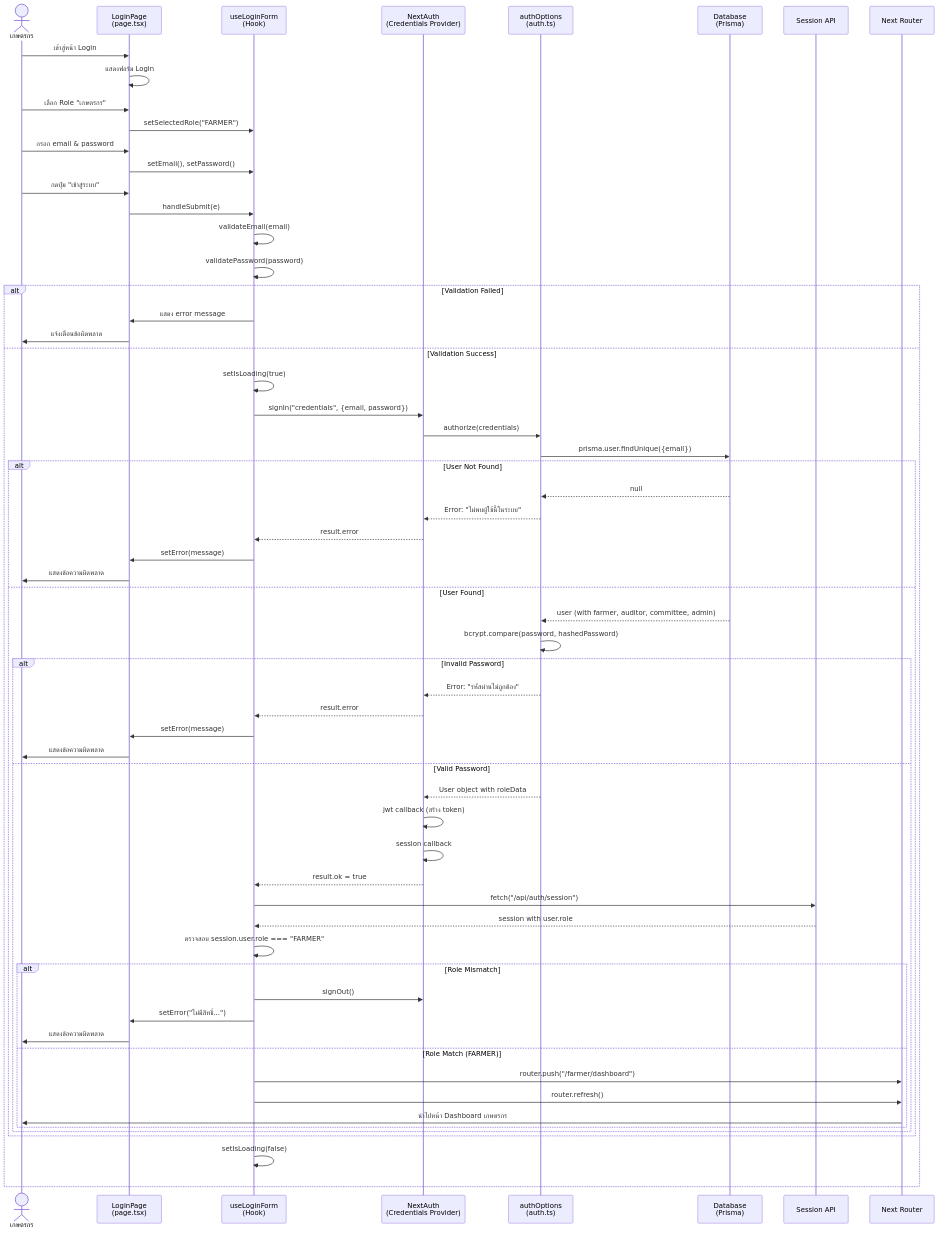
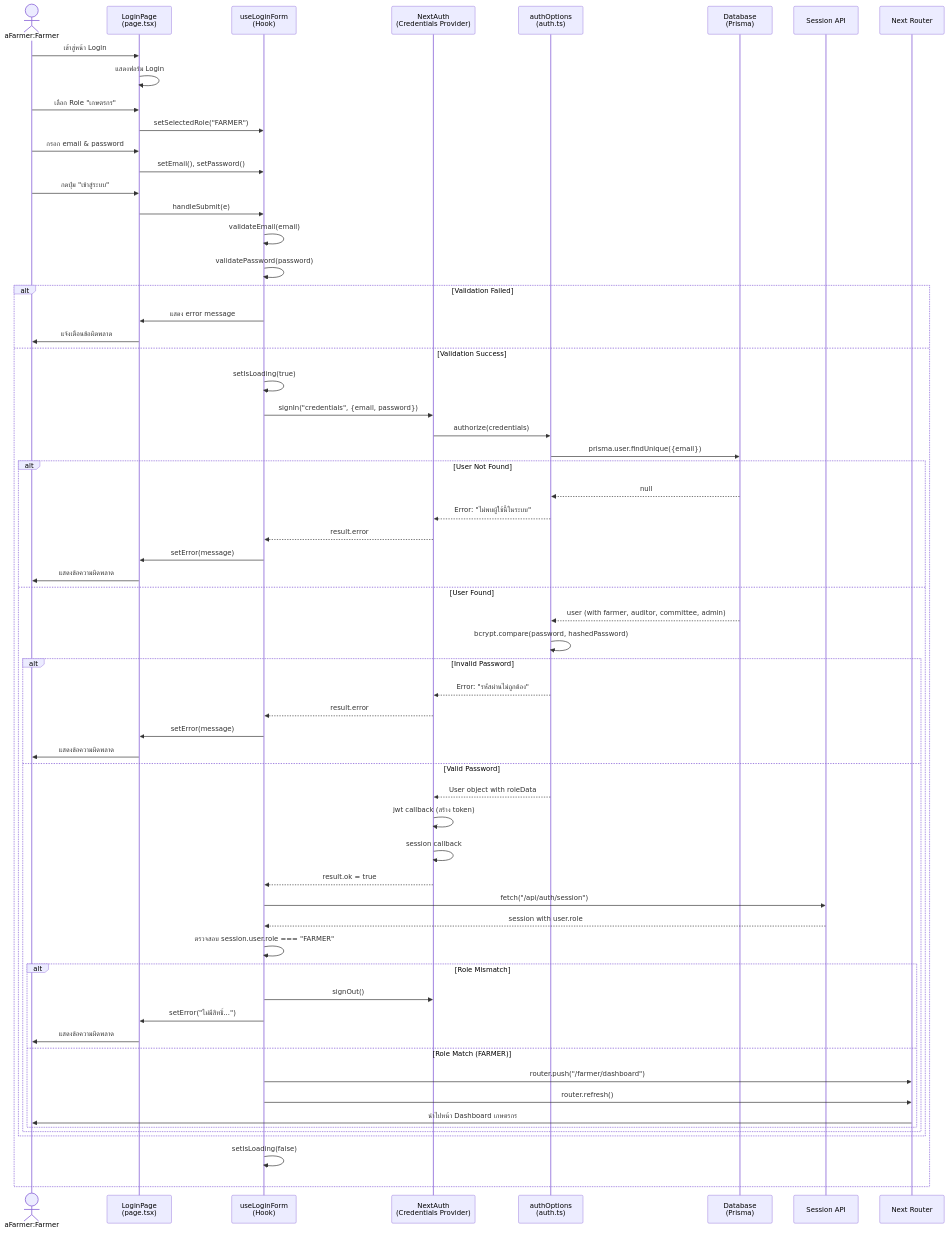
Before and after one commit to Asteriskzkx/gap-is-wa: the diagram in UML/sequenceDiagram/farmerLogin/farmerLogin.md, drawn with Mermaid. The commit also changed 19 other files, not shown here.

Commit message:
fix: modify sequenceDiagram for adminLogin, auditorLogin, committeeLogin and farmerLogin

````diff
--- a/UML/sequenceDiagram/farmerLogin/farmerLogin.md
+++ b/UML/sequenceDiagram/farmerLogin/farmerLogin.md
@@ -1,76 +1,76 @@
 ```mermaid
 sequenceDiagram
-    actor Farmer as เกษตรกร
+    actor Farmer as aFarmer:Farmer
     participant UI as LoginPage<br/>(page.tsx)
     participant Hook as useLoginForm<br/>(Hook)
     participant NextAuth as NextAuth<br/>(Credentials Provider)
     participant Auth as authOptions<br/>(auth.ts)
     participant DB as Database<br/>(Prisma)
     participant Session as Session API
     participant Router as Next Router
 
     Farmer->>UI: เข้าสู่หน้า Login
     UI->>UI: แสดงฟอร์ม Login
 
     Farmer->>UI: เลือก Role "เกษตรกร"
     UI->>Hook: setSelectedRole("FARMER")
 
     Farmer->>UI: กรอก email & password
     UI->>Hook: setEmail(), setPassword()
 
     Farmer->>UI: กดปุ่ม "เข้าสู่ระบบ"
     UI->>Hook: handleSubmit(e)
 
     Hook->>Hook: validateEmail(email)
     Hook->>Hook: validatePassword(password)
 
     alt Validation Failed
         Hook->>UI: แสดง error message
         UI->>Farmer: แจ้งเตือนข้อผิดพลาด
     else Validation Success
         Hook->>Hook: setIsLoading(true)
         Hook->>NextAuth: signIn("credentials", {email, password})
 
         NextAuth->>Auth: authorize(credentials)
         Auth->>DB: prisma.user.findUnique({email})
 
         alt User Not Found
             DB-->>Auth: null
             Auth-->>NextAuth: Error: "ไม่พบผู้ใช้นี้ในระบบ"
             NextAuth-->>Hook: result.error
             Hook->>UI: setError(message)
             UI->>Farmer: แสดงข้อความผิดพลาด
         else User Found
             DB-->>Auth: user (with farmer, auditor, committee, admin)
             Auth->>Auth: bcrypt.compare(password, hashedPassword)
 
             alt Invalid Password
                 Auth-->>NextAuth: Error: "รหัสผ่านไม่ถูกต้อง"
                 NextAuth-->>Hook: result.error
                 Hook->>UI: setError(message)
                 UI->>Farmer: แสดงข้อความผิดพลาด
             else Valid Password
                 Auth-->>NextAuth: User object with roleData
                 NextAuth->>NextAuth: jwt callback (สร้าง token)
                 NextAuth->>NextAuth: session callback
                 NextAuth-->>Hook: result.ok = true
 
                 Hook->>Session: fetch("/api/auth/session")
                 Session-->>Hook: session with user.role
 
                 Hook->>Hook: ตรวจสอบ session.user.role === "FARMER"
 
                 alt Role Mismatch
                     Hook->>NextAuth: signOut()
                     Hook->>UI: setError("ไม่มีสิทธิ์...")
                     UI->>Farmer: แสดงข้อความผิดพลาด
                 else Role Match (FARMER)
                     Hook->>Router: router.push("/farmer/dashboard")
                     Hook->>Router: router.refresh()
                     Router->>Farmer: นำไปหน้า Dashboard เกษตรกร
                 end
             end
         end
         Hook->>Hook: setIsLoading(false)
     end
 ```
````
